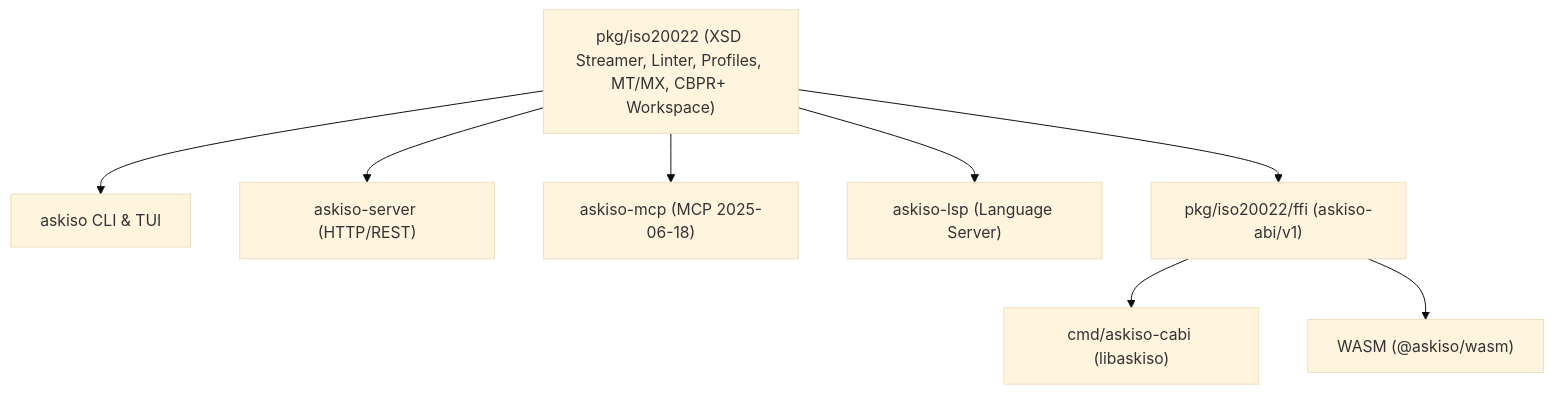
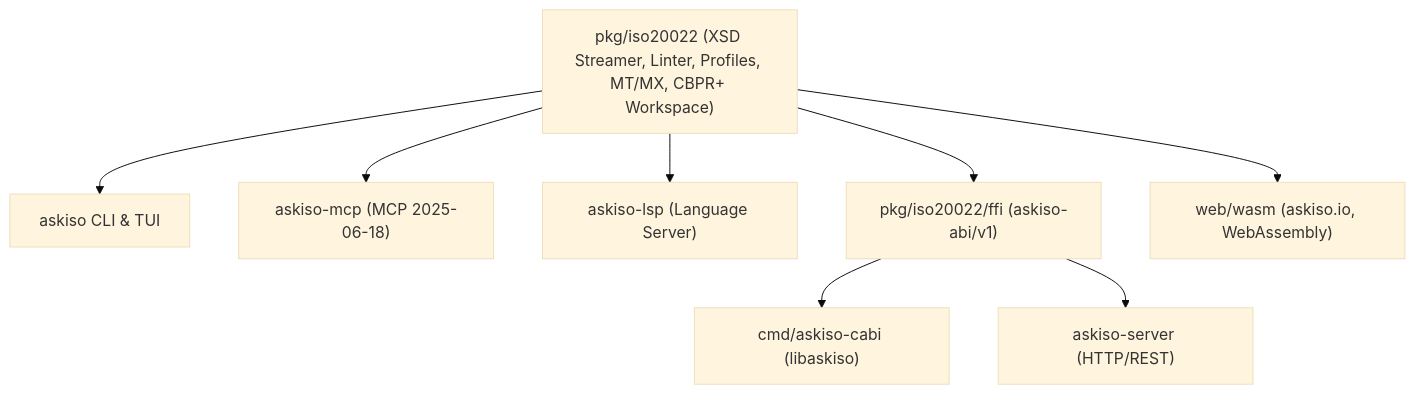
Before and after one commit to sebastienrousseau/askiso: the diagram in docs/ARCHITECTURE.md, drawn with Mermaid (base theme). The commit also changed other lines of this file and 10 other files, not shown here.

````diff
--- a/docs/ARCHITECTURE.md
+++ b/docs/ARCHITECTURE.md
@@ -5,11 +5,12 @@
 ```mermaid
 flowchart TD
     Core["pkg/iso20022 (XSD Streamer, Linter, Profiles, MT/MX, CBPR+ Workspace)"]
     Core --> CLI["askiso CLI & TUI"]
-    Core --> Server["askiso-server (HTTP/REST)"]
+    Server["askiso-server (HTTP/REST)"]
     Core --> MCP["askiso-mcp (MCP 2025-06-18)"]
     Core --> LSP["askiso-lsp (Language Server)"]
     Core --> FFI["pkg/iso20022/ffi (askiso-abi/v1)"]
+    Core --> WASM["web/wasm (askiso.io, WebAssembly)"]
     FFI --> CABI["cmd/askiso-cabi (libaskiso)"]
-    FFI --> WASM["WASM (@askiso/wasm)"]
+    FFI --> Server
 ```
````
